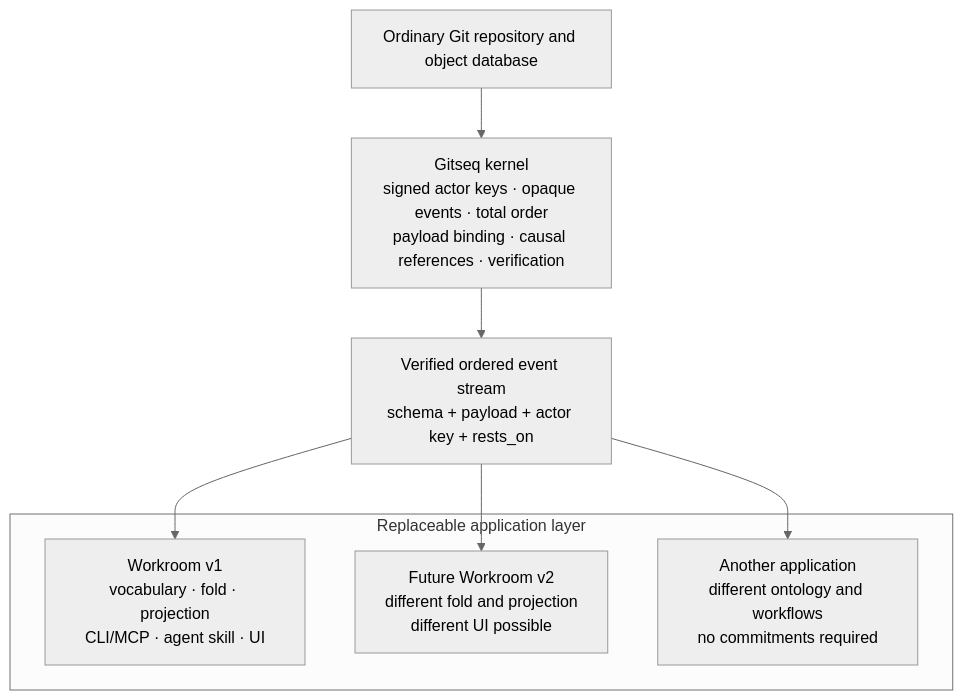
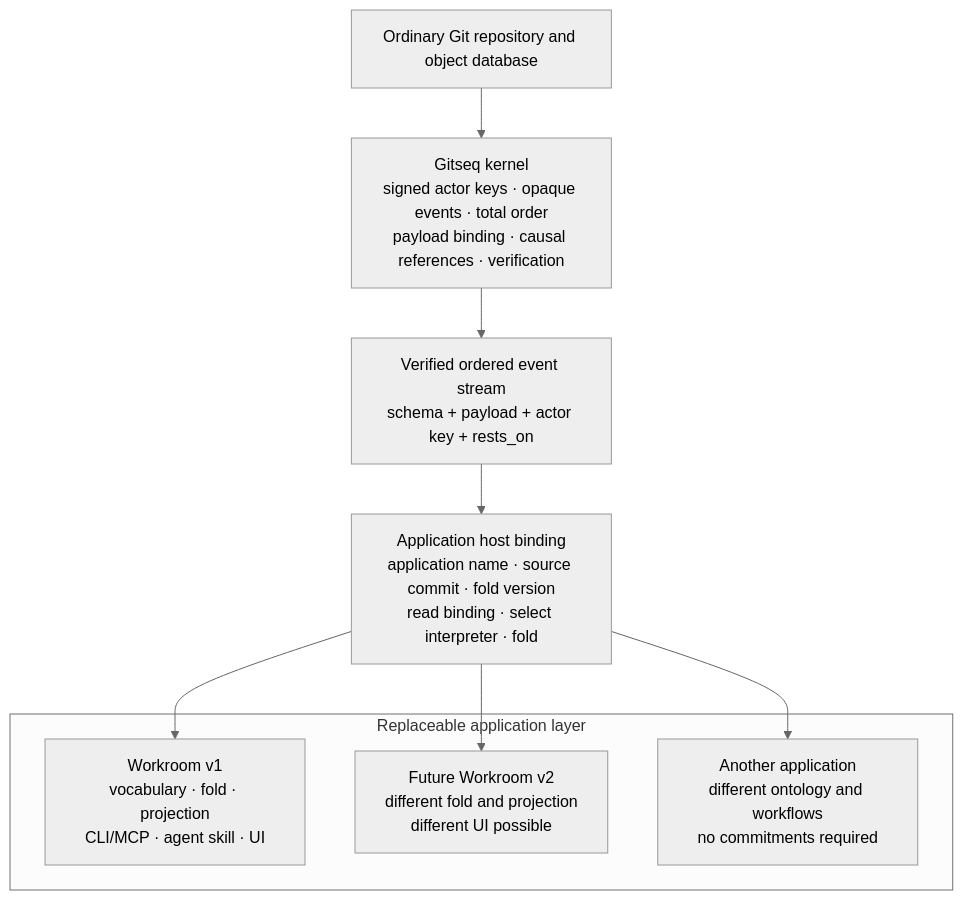
Before and after one commit to generalbusiness-ai/gitseq: the diagram in docs/reference/architecture.md, drawn with Mermaid (neutral theme). The commit also changed other lines of this file, not shown here.

First line of the commit message:
Define the application host-binding contract

````diff
--- a/docs/reference/architecture.md
+++ b/docs/reference/architecture.md
@@ -35,20 +35,23 @@
 ```mermaid
 flowchart TB
   Git["Ordinary Git repository and object database"]
 
   Kernel["Gitseq kernel<br/>signed actor keys · opaque events · total order<br/>payload binding · causal references · verification"]
 
   Stream["Verified ordered event stream<br/>schema + payload + actor key + rests_on"]
+
+  Host["Application host binding<br/>application name · source commit · fold version<br/>read binding · select interpreter · fold"]
 
   subgraph Apps["Replaceable application layer"]
     W1["Workroom v1<br/>vocabulary · fold · projection<br/>CLI/MCP · agent skill · UI"]
     W2["Future Workroom v2<br/>different fold and projection<br/>different UI possible"]
     Other["Another application<br/>different ontology and workflows<br/>no commitments required"]
   end
 
   Git --> Kernel
   Kernel --> Stream
-  Stream --> W1
-  Stream --> W2
-  Stream --> Other
+  Stream --> Host
+  Host --> W1
+  Host --> W2
+  Host --> Other
 ```
````
